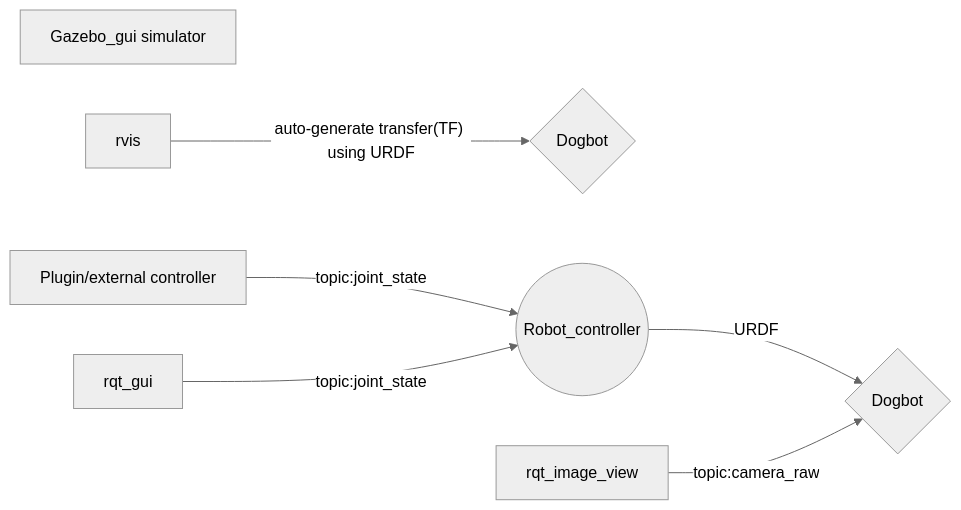
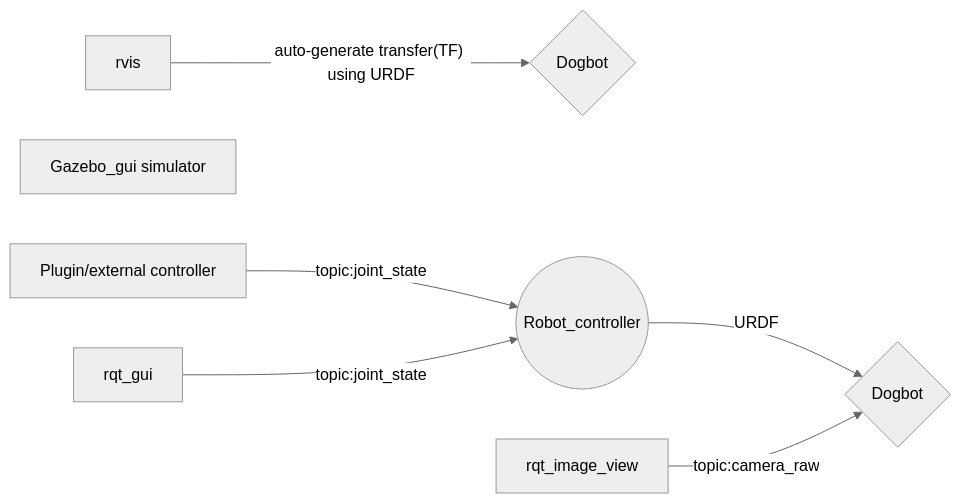
One commit to bsyh/dogbot_ros changed the diagram in README.md. Above: the diagram before and after it, drawn with Mermaid (neutral theme). The commit also changed other lines of this file, not shown here.

````diff
--- a/README.md
+++ b/README.md
@@ -46,10 +46,10 @@
 ```mermaid
 graph LR
+R[rvis] --"auto-generate transfer(TF) using URDF"--> V{Dogbot}
+
 Z[Gazebo_gui simulator]
-
-R[rvis] --"auto-generate transfer(TF) using URDF"--> V{Dogbot}
 
 X[Plugin/external controller] --  topic:joint_state --> B
 H[rqt_gui] -- topic:joint_state -->B((Robot_controller)) --URDF-->F{Dogbot}
 A[rqt_image_view] -- topic:camera_raw --> F
 ```
````
